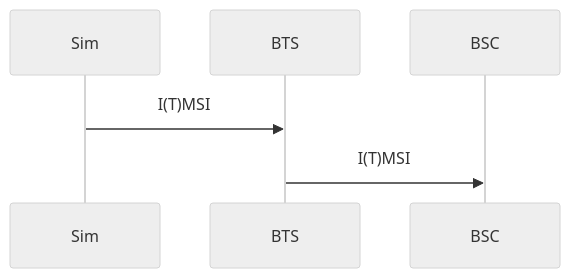
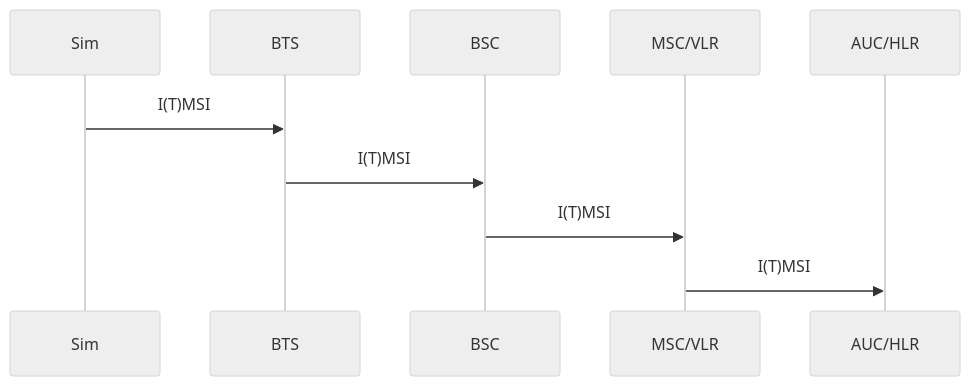
One commit to ThomasRochette/NoteCours changed the diagram in ARM.md. Above: the diagram before and after it, drawn with Mermaid (neutral theme). The commit also changed other lines of this file, not shown here.

Commit message:
Uploaded by https://stackedit.io/

````diff
--- a/ARM.md
+++ b/ARM.md
@@ -80,6 +80,9 @@
 ```mermaid
 sequenceDiagram
 Sim ->> BTS: I(T)MSI
 BTS ->> BSC: I(T)MSI
+BSC ->> MSC/VLR: I(T)MSI
+MSC/VLR ->> AUC/HLR: I(T)MSI
+
 
 ```
````
